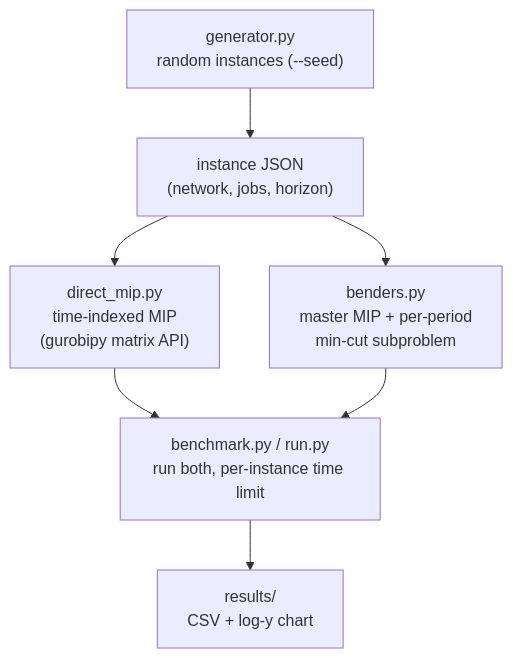
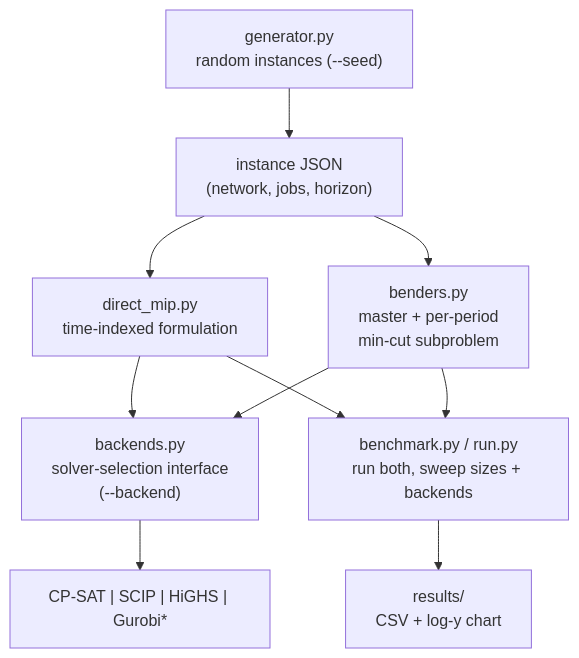
Before and after one commit to TonyJSheer/network_flow_solver: the first of 2 diagrams in docs/ARCHITECTURE.md, drawn with Mermaid. The commit also changed other lines of this file and 8 other files, not shown here.

````diff
--- a/docs/ARCHITECTURE.md
+++ b/docs/ARCHITECTURE.md
@@ -20,16 +22,21 @@
 ```mermaid
 graph TD
     GEN["generator.py\nrandom instances (--seed)"]
     JSON["instance JSON\n(network, jobs, horizon)"]
-    MIP["direct_mip.py\ntime-indexed MIP\n(gurobipy matrix API)"]
-    BEN["benders.py\nmaster MIP + per-period\nmin-cut subproblem"]
-    BENCH["benchmark.py / run.py\nrun both, per-instance time limit"]
+    MIP["direct_mip.py\ntime-indexed formulation"]
+    BEN["benders.py\nmaster + per-period\nmin-cut subproblem"]
+    BACK["backends.py\nsolver-selection interface\n(--backend)"]
+    SOLV["CP-SAT | SCIP | HiGHS | Gurobi*"]
+    BENCH["benchmark.py / run.py\nrun both, sweep sizes + backends"]
     OUT["results/\nCSV + log-y chart"]
 
     GEN --> JSON
     JSON --> MIP
     JSON --> BEN
+    MIP --> BACK
+    BEN --> BACK
+    BACK --> SOLV
     MIP --> BENCH
     BEN --> BENCH
     BENCH --> OUT
 ```
````
